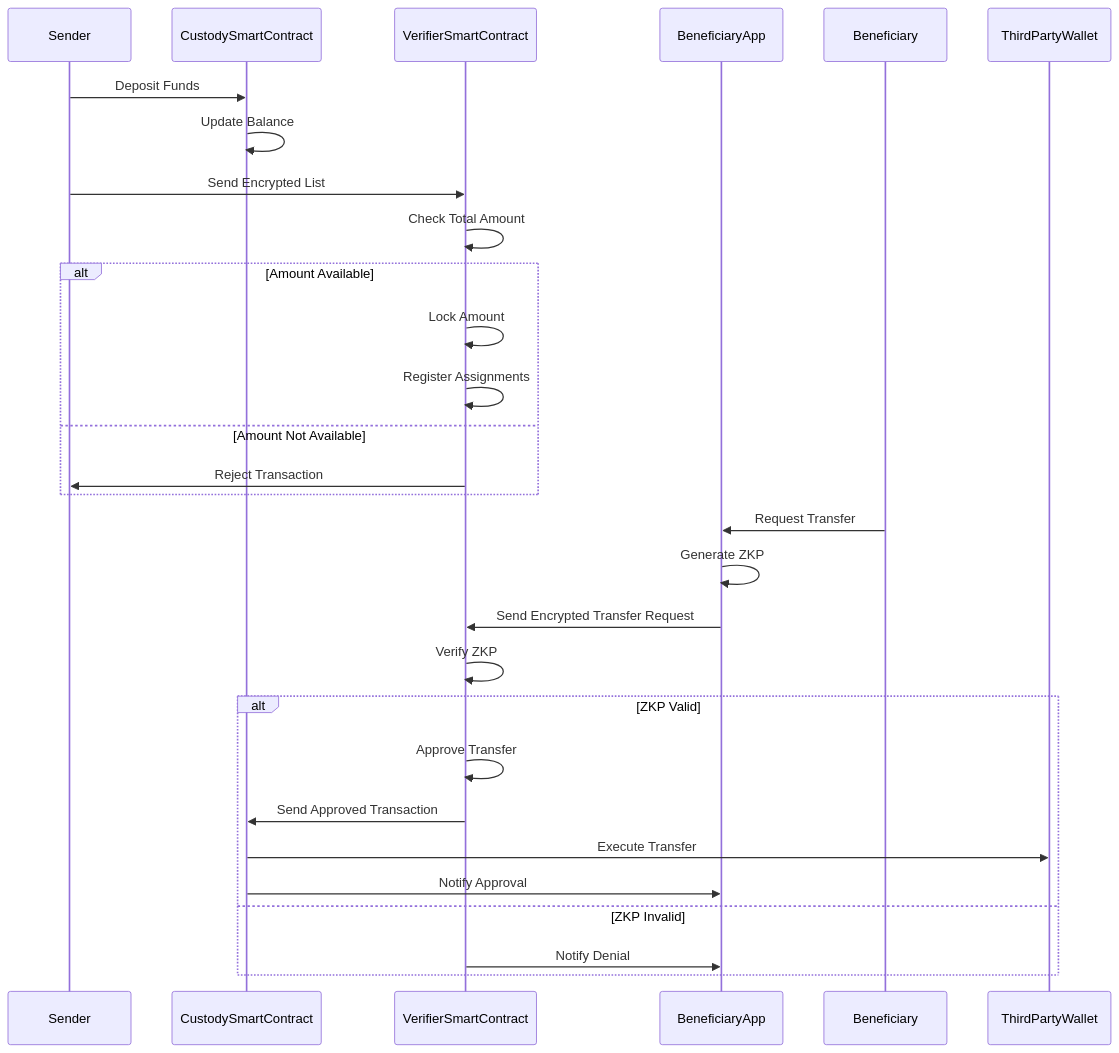
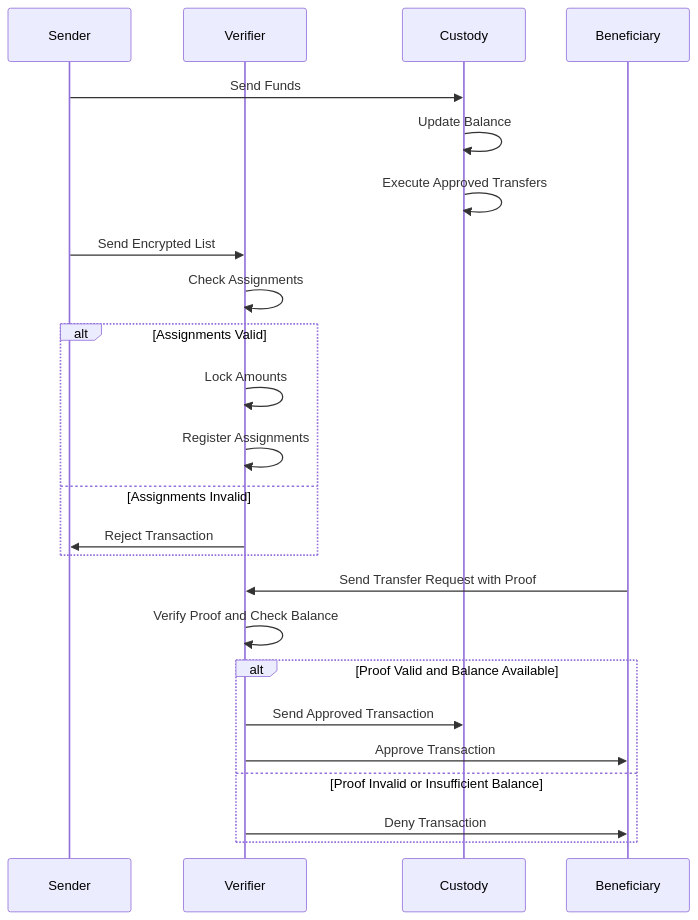
The second of 4 diagrams in 2024/week3/zk_private_airdrop.md (prodasl/core-program), drawn with Mermaid before and after one commit. The commit also changed other lines of this file, not shown here.

````diff
--- a/2024/week3/zk_private_airdrop.md
+++ b/2024/week3/zk_private_airdrop.md
@@ -60,34 +63,30 @@
 ```mermaid
 sequenceDiagram
     participant Sender
-    participant CustodySmartContract
-    participant VerifierSmartContract
-    participant BeneficiaryApp
+    participant Verifier
+    participant Custody
     participant Beneficiary
-    participant ThirdPartyWallet
 
-    Sender ->> CustodySmartContract: Deposit Funds
-    CustodySmartContract ->> CustodySmartContract: Update Balance
+    Sender ->> Custody: Send Funds
+    Custody ->> Custody: Update Balance
+    Custody ->> Custody: Execute Approved Transfers
 
-    Sender ->> VerifierSmartContract: Send Encrypted List
-    VerifierSmartContract ->> VerifierSmartContract: Check Total Amount
-    alt Amount Available
-        VerifierSmartContract ->> VerifierSmartContract: Lock Amount
-        VerifierSmartContract ->> VerifierSmartContract: Register Assignments
-    else Amount Not Available
-        VerifierSmartContract ->> Sender: Reject Transaction
+    Sender ->> Verifier: Send Encrypted List
+    Verifier ->> Verifier: Check Assignments
+    alt Assignments Valid
+        Verifier ->> Verifier: Lock Amounts
+        Verifier ->> Verifier: Register Assignments
+    else Assignments Invalid
+        Verifier ->> Sender: Reject Transaction
     end
 
-    Beneficiary ->> BeneficiaryApp: Request Transfer
-    BeneficiaryApp ->> BeneficiaryApp: Generate ZKP
-    BeneficiaryApp ->> VerifierSmartContract: Send Encrypted Transfer Request
-    VerifierSmartContract ->> VerifierSmartContract: Verify ZKP
-    alt ZKP Valid
-        VerifierSmartContract ->> VerifierSmartContract: Approve Transfer
-        VerifierSmartContract ->> CustodySmartContract: Send Approved Transaction
-        CustodySmartContract ->> ThirdPartyWallet: Execute Transfer
-        CustodySmartContract ->> BeneficiaryApp: Notify Approval
-    else ZKP Invalid
-        VerifierSmartContract ->> BeneficiaryApp: Notify Denial
+    Beneficiary ->> Verifier: Send Transfer Request with Proof
+    Verifier ->> Verifier: Verify Proof and Check Balance
+    alt Proof Valid and Balance Available
+        Verifier ->> Custody: Send Approved Transaction
+        Verifier ->> Beneficiary: Approve Transaction
+    else Proof Invalid or Insufficient Balance
+        Verifier ->> Beneficiary: Deny Transaction
     end
+
 ```
````
